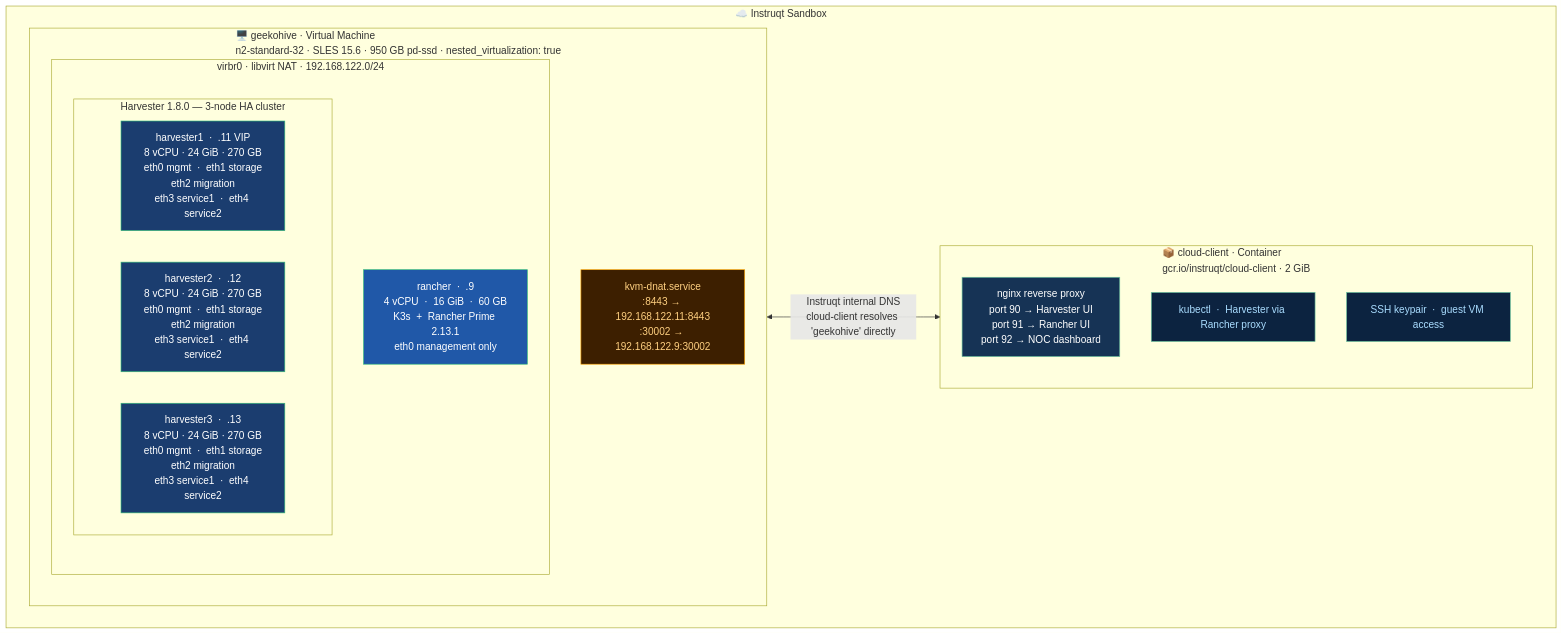
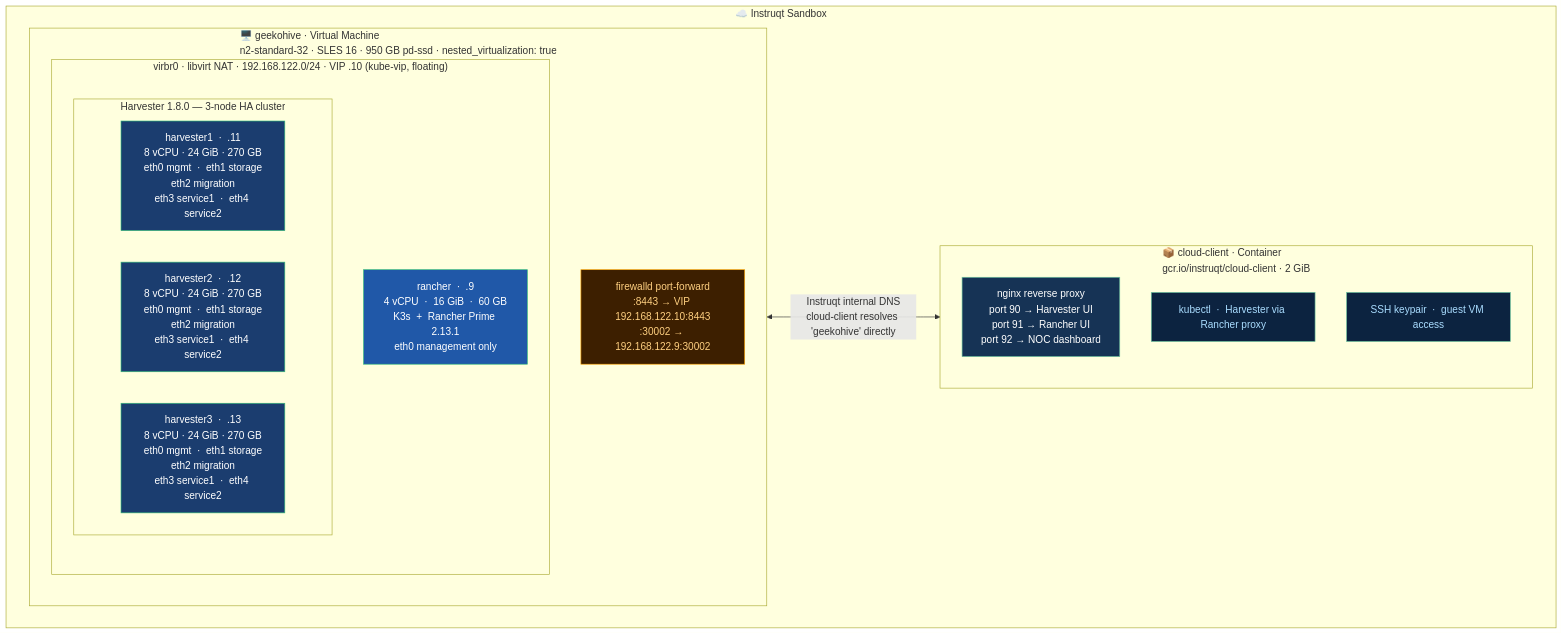
One commit to SUSE-Technical-Marketing/suse-virt-rodeo changed the diagram in assets/diagrams/sandbox-layout.mmd. Above: the diagram before and after it, drawn with Mermaid. The commit also changed 45 other files, not shown here.

First line of the commit message:
Migrate to SLES 16, add agnostic deployer, fix kube-vip floating VIP

```diff
--- a/assets/diagrams/sandbox-layout.mmd
+++ b/assets/diagrams/sandbox-layout.mmd
@@ -1,41 +1,41 @@
 graph TB
     subgraph SANDBOX["☁️  Instruqt Sandbox"]
         direction LR
 
-        subgraph GH["🖥️  geekohive  ·  Virtual Machine\nn2-standard-32  ·  SLES 15.6  ·  950 GB pd-ssd  ·  nested_virtualization: true"]
+        subgraph GH["🖥️  geekohive  ·  Virtual Machine\nn2-standard-32  ·  SLES 16  ·  950 GB pd-ssd  ·  nested_virtualization: true"]
             direction TB
-            DNAT["kvm-dnat.service\n:8443 → 192.168.122.11:8443\n:30002 → 192.168.122.9:30002"]
+            DNAT["firewalld port-forward\n:8443 → VIP 192.168.122.10:8443\n:30002 → 192.168.122.9:30002"]
 
-            subgraph VIRBR["virbr0  ·  libvirt NAT  ·  192.168.122.0/24"]
+            subgraph VIRBR["virbr0  ·  libvirt NAT  ·  192.168.122.0/24  ·  VIP .10 (kube-vip, floating)"]
                 direction TB
                 subgraph HVC["Harvester 1.8.0  —  3-node HA cluster"]
                     direction LR
-                    H1["harvester1  ·  .11 VIP\n8 vCPU · 24 GiB · 270 GB\neth0 mgmt  ·  eth1 storage\neth2 migration\neth3 service1  ·  eth4 service2"]
+                    H1["harvester1  ·  .11\n8 vCPU · 24 GiB · 270 GB\neth0 mgmt  ·  eth1 storage\neth2 migration\neth3 service1  ·  eth4 service2"]
                     H2["harvester2  ·  .12\n8 vCPU · 24 GiB · 270 GB\neth0 mgmt  ·  eth1 storage\neth2 migration\neth3 service1  ·  eth4 service2"]
                     H3["harvester3  ·  .13\n8 vCPU · 24 GiB · 270 GB\neth0 mgmt  ·  eth1 storage\neth2 migration\neth3 service1  ·  eth4 service2"]
                 end
                 RN["rancher  ·  .9\n4 vCPU  ·  16 GiB  ·  60 GB\nK3s  +  Rancher Prime 2.13.1\neth0 management only"]
             end
         end
 
         subgraph CC["📦  cloud-client  ·  Container\ngcr.io/instruqt/cloud-client  ·  2 GiB"]
             direction TB
             NGX["nginx reverse proxy\nport 90  →  Harvester UI\nport 91  →  Rancher UI\nport 92  →  NOC dashboard"]
             KCT["kubectl  ·  Harvester via Rancher proxy"]
             SSH_KEY["SSH keypair  ·  guest VM access"]
         end
     end
 
     GH <-->|"Instruqt internal DNS\ncloud-client resolves 'geekohive' directly"| CC
 
     classDef harvester fill:#1B3D6F,stroke:#30BA78,color:#fff
     classDef rancher   fill:#2058A8,stroke:#30BA78,color:#fff
     classDef nginx     fill:#163355,stroke:#6EC6A0,color:#fff
     classDef dnat      fill:#3D1F00,stroke:#FFA500,color:#FFD080
     classDef util      fill:#0C2340,stroke:#6EC6A0,color:#adf
 
     class H1,H2,H3 harvester
     class RN rancher
     class NGX nginx
     class DNAT dnat
     class KCT,SSH_KEY util
```
